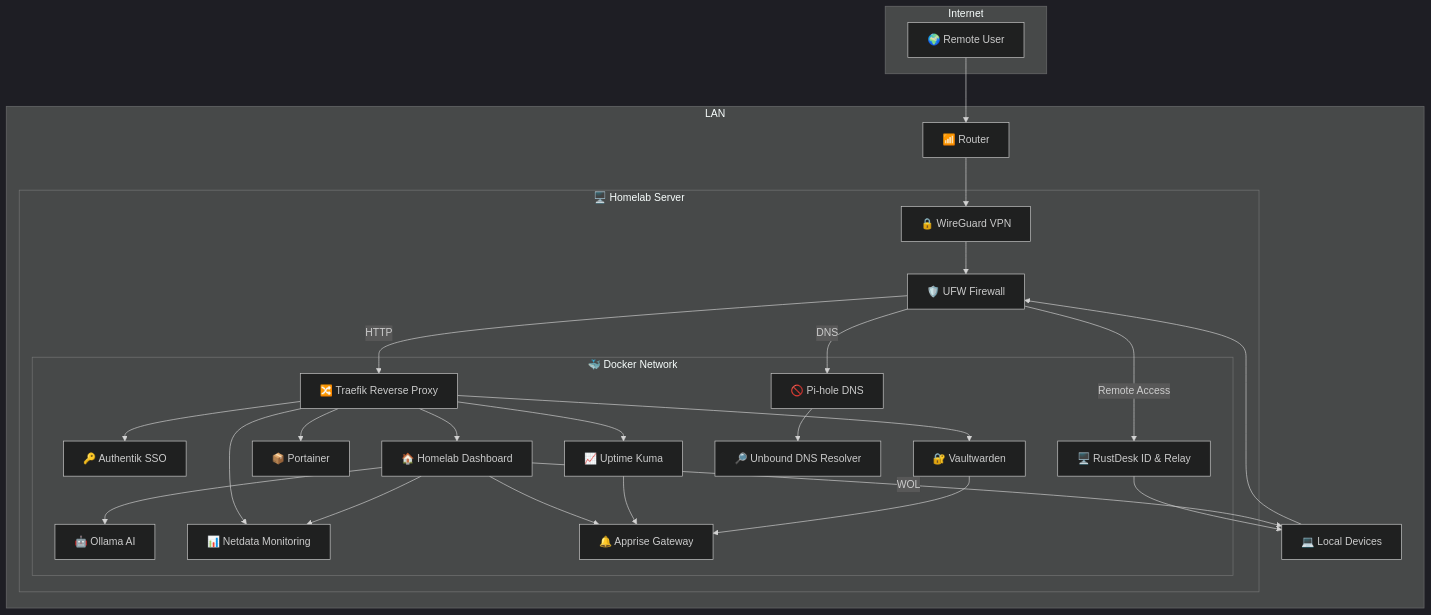
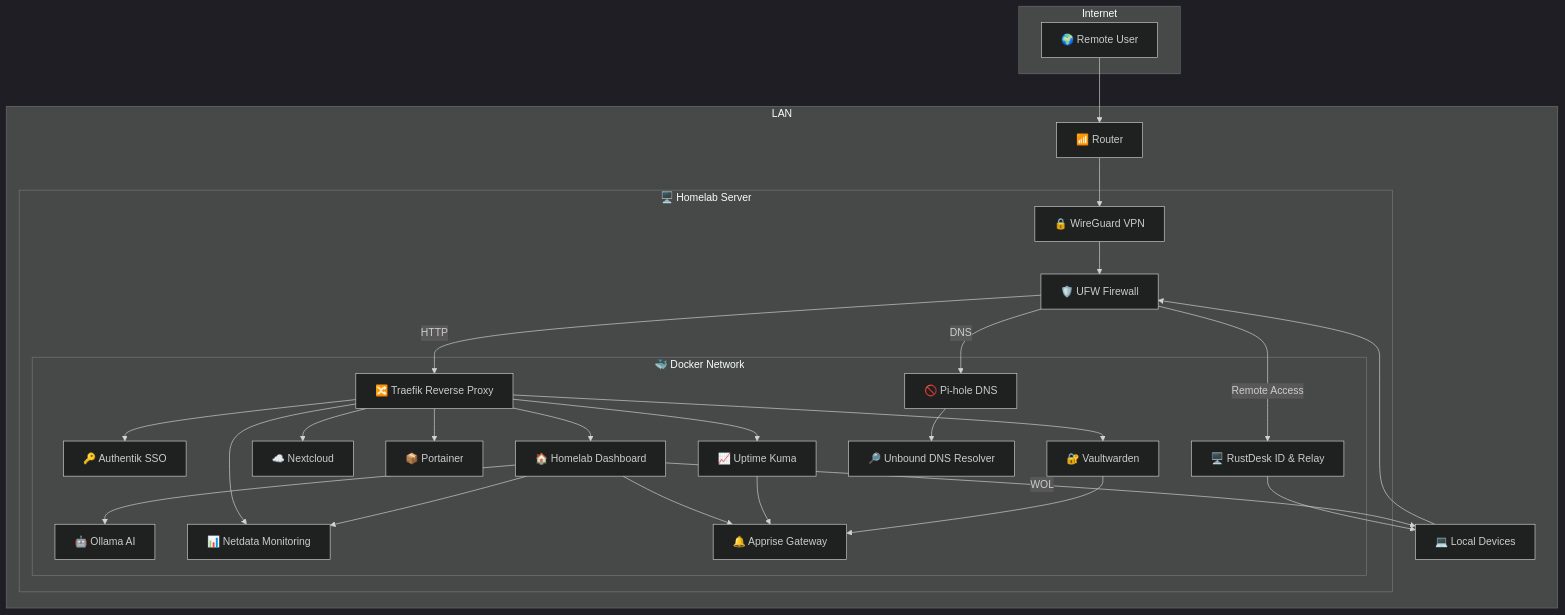
One commit to satsinush/homelab changed the diagram in README.md. Above: the diagram before and after it, drawn with Mermaid. The commit also changed other lines of this file and 18 other files, not shown here.

````diff
--- a/README.md
+++ b/README.md
@@ -48,66 +49,68 @@
 ```mermaid
 %%{init: {
     "theme": "dark"
 }}%%
 graph TD
     %% INTERNET
     subgraph Internet
         RemoteClient[🌍 Remote User]
     end
 
     %% LAN
     subgraph LAN
         Router[📶 Router]
         LocalClient[💻 Local Devices]
 
         subgraph Server[🖥️ Homelab Server]
             WireGuard[🔒 WireGuard VPN]
             UFW[🛡️ UFW Firewall]
 
             subgraph Docker[🐳 Docker Network]
                 Traefik[🔀 Traefik Reverse Proxy]
                 Authentik[🔑 Authentik SSO]
                 Vaultwarden[🔐 Vaultwarden]
+                Nextcloud[☁️ Nextcloud]
                 Portainer[📦 Portainer]
                 Dashboard[🏠 Homelab Dashboard]
                 Ollama[🤖 Ollama AI]
                 Netdata[📊 Netdata Monitoring]
                 UptimeKuma[📈 Uptime Kuma]
                 Apprise[🔔 Apprise Gateway]
                 Pihole[🚫 Pi-hole DNS]
                 Unbound[🔎 Unbound DNS Resolver]
                 Rustdesk[🖥️ RustDesk ID & Relay]
             end
         end
     end
 
     %% Entry chain
     RemoteClient --> Router --> WireGuard --> UFW
     LocalClient --> UFW
 
     %% DNS chain
     Pihole --> Unbound
     UFW -->|DNS| Pihole
 
     %% Firewall routes
     UFW -->|HTTP| Traefik
     UFW -->|Remote Access| Rustdesk --> LocalClient
 
     %% Proxy/Auth flows
     Traefik --> Authentik
     Traefik --> Vaultwarden
+    Traefik --> Nextcloud
     Traefik --> Portainer
     Traefik --> Dashboard
     Traefik --> Netdata
     Traefik --> UptimeKuma
 
     %% Dashboard flows
     Dashboard --> Ollama
     Dashboard --> Netdata
     Dashboard -->|WOL| LocalClient
     Dashboard --> Apprise
 
     %% Notifications
     UptimeKuma --> Apprise
     Vaultwarden --> Apprise
 ```
````
